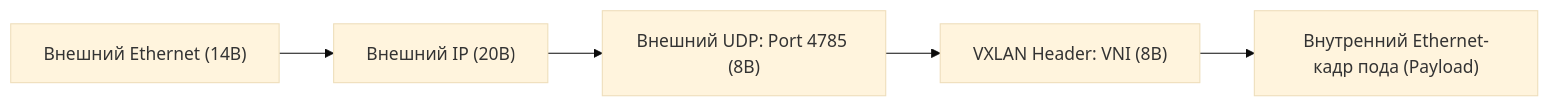
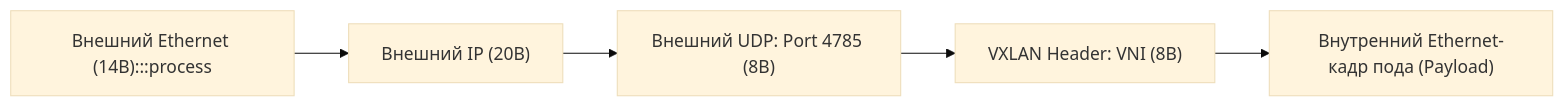
Before and after one commit to UnrealTemplier/go-textbook: the fourth of 5 diagrams in sources/3. Компьютерные сети и сетевой стек/9. VLAN, VXLAN и сегментация сети.md, drawn with Mermaid (base theme). The commit also changed other lines of this file and 1666 other files, not shown here.

First line of the commit message:
feat(mermaid): add semantic color classDef to 1369 colorless flowchart/graph diagrams

````diff
--- a/sources/3. Компьютерные сети и сетевой стек/9. VLAN, VXLAN и сегментация сети.md
+++ b/sources/3. Компьютерные сети и сетевой стек/9. VLAN, VXLAN и сегментация сети.md
@@ -161,7 +191,17 @@
 ```mermaid
 flowchart LR
-    OuterEth["Внешний Ethernet (14B)"] --> OuterIP["Внешний IP (20B)"]
+    classDef process  fill:#1e293b,stroke:#38bdf8,stroke-width:1px,color:#f8fafc
+    classDef success  fill:#064e3b,stroke:#34d399,stroke-width:1px,color:#f8fafc
+    classDef error    fill:#7f1d1d,stroke:#f87171,stroke-width:1px,color:#f8fafc
+    classDef warning  fill:#78350f,stroke:#fbbf24,stroke-width:1px,color:#f8fafc
+    classDef entry    fill:#1e3a5f,stroke:#38bdf8,stroke-width:2px,color:#f8fafc
+    classDef aux      fill:#334155,stroke:#64748b,stroke-width:1px,color:#f8fafc
+    classDef system   fill:#312e81,stroke:#a78bfa,stroke-width:1px,color:#f8fafc
+    classDef data     fill:#132d29,stroke:#2dd4bf,stroke-width:1px,color:#f8fafc
+    classDef network  fill:#881337,stroke:#fb7185,stroke-width:1px,color:#f8fafc
+    classDef accent   fill:#1e1b4b,stroke:#818cf8,stroke-width:1px,color:#f8fafc
+    OuterEth["Внешний Ethernet (14B):::process"] --> OuterIP["Внешний IP (20B)"]
     OuterIP --> OuterUDP["Внешний UDP: Port 4785 (8B)"]
     OuterUDP --> VXLAN_Hdr["VXLAN Header: VNI (8B)"]
     VXLAN_Hdr --> InnerEth["Внутренний Ethernet-кадр пода (Payload)"]
 ```
````
